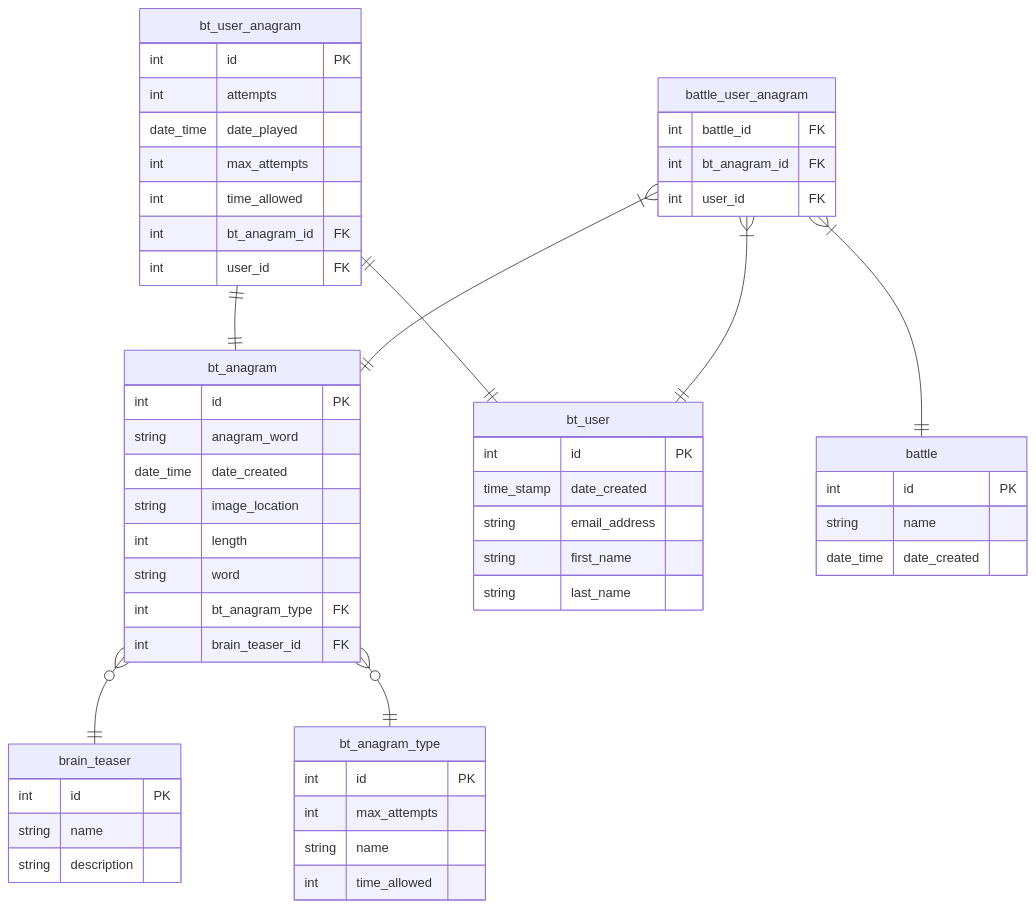
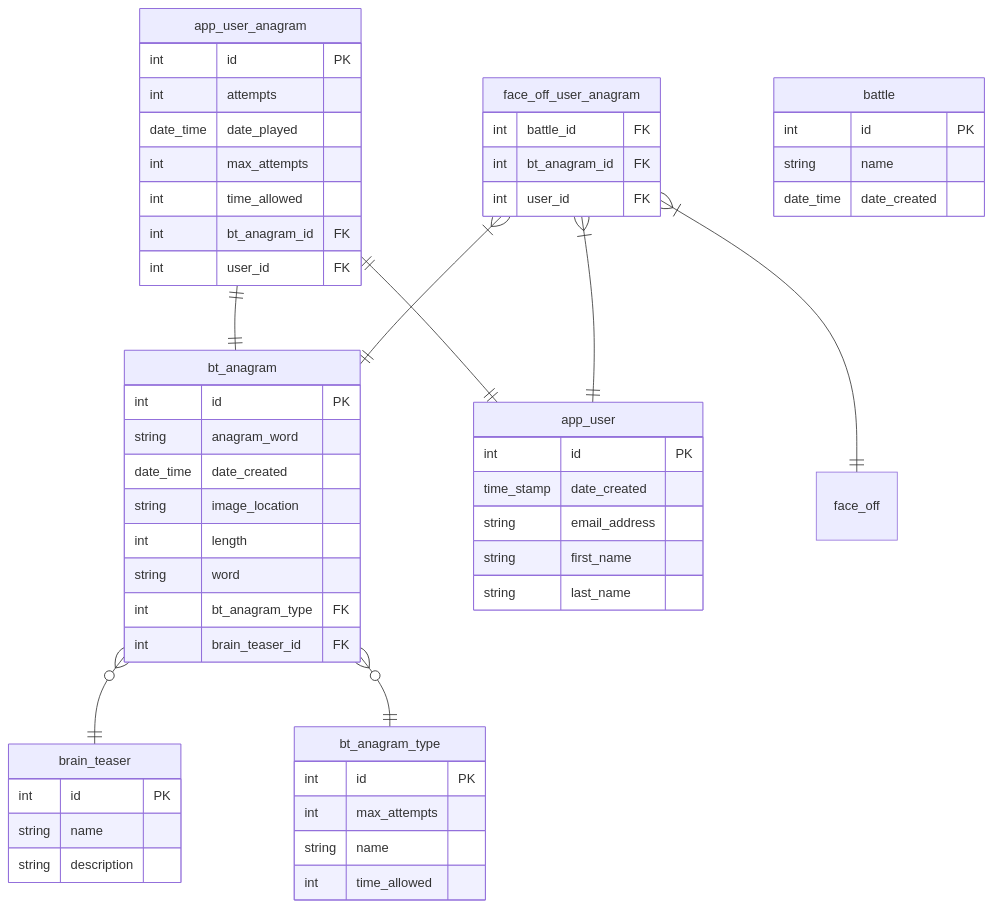
The third of 3 diagrams in README.md (seanjamescurrie/bananagrams), drawn with Mermaid before and after one commit.

Commit message:
Update ERD ReadMe.md

````diff
--- a/README.md
+++ b/README.md
@@ -149,68 +149,68 @@
 ```mermaid
 erDiagram
 
   bt_anagram }o--|| brain_teaser : ""  
   bt_anagram }o--|| bt_anagram_type : ""
-  bt_user_anagram ||--|| bt_user : ""
-  bt_user_anagram ||--|| bt_anagram : ""
-  battle_user_anagram }|--|| battle : ""
-  battle_user_anagram }|--|| bt_anagram : ""
-  battle_user_anagram }|--|| bt_user : ""
+  app_user_anagram ||--|| app_user : ""
+  app_user_anagram ||--|| bt_anagram : ""
+  face_off_user_anagram }|--|| face_off : ""
+  face_off_user_anagram }|--|| bt_anagram : ""
+  face_off_user_anagram }|--|| app_user : ""
   
   brain_teaser {
     int id PK
     string name
     string description
   }
   
   bt_anagram {
     int id PK
     string anagram_word
     date_time date_created
     string image_location
     int length
     string word
     int bt_anagram_type FK
     int brain_teaser_id FK
   }
   
   bt_anagram_type {
     int id PK
     int max_attempts
     string name
     int time_allowed
   }
   
-  bt_user_anagram {
+  app_user_anagram {
     int id PK
     int attempts
     date_time date_played
     int max_attempts
     int time_allowed
     int bt_anagram_id FK
     int user_id FK
   }
   
   battle {
     int id PK
     string name
     date_time date_created
   }
   
-  bt_user {
+  app_user {
     int id PK
     time_stamp date_created
     string email_address
     string first_name
     string last_name
   }
   
-  battle_user_anagram {
+  face_off_user_anagram {
     int battle_id FK
     int bt_anagram_id FK
     int user_id FK
   }
   
   
 
 ```
````
